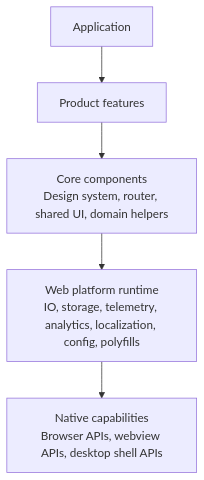
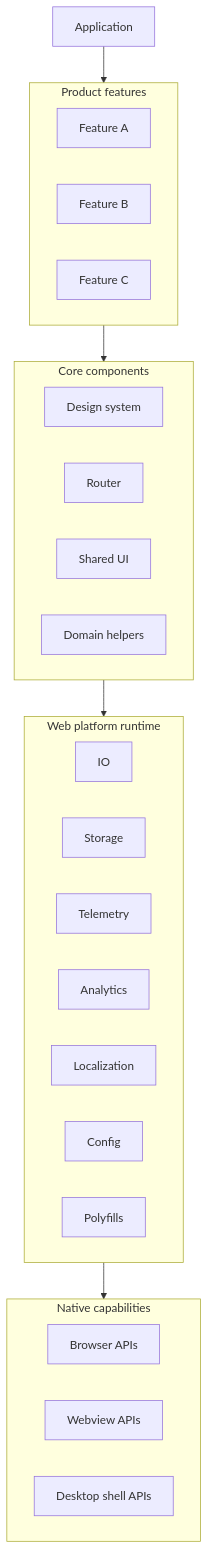
The first of 12 diagrams in cross-platform-web-runtime.md (longlho/thoughts), drawn with Mermaid before and after one commit.

Commit message:
Expand web runtime architecture diagram

````diff
--- a/cross-platform-web-runtime.md
+++ b/cross-platform-web-runtime.md
@@ -15,13 +15,38 @@
 ```mermaid
-flowchart TD
+flowchart TB
   app["Application"]
-  features["Product features"]
-  core["Core components\nDesign system, router, shared UI, domain helpers"]
-  runtime["Web platform runtime\nIO, storage, telemetry, analytics, localization, config, polyfills"]
-  native["Native capabilities\nBrowser APIs, webview APIs, desktop shell APIs"]
 
-  app --> features
-  features --> core
-  core --> runtime
-  runtime --> native
+  subgraph featureLayer["Product features"]
+    search["Feature A"]
+    settings["Feature B"]
+    checkout["Feature C"]
+  end
+
+  subgraph coreLayer["Core components"]
+    design["Design system"]
+    router["Router"]
+    sharedUi["Shared UI"]
+    domain["Domain helpers"]
+  end
+
+  subgraph runtimeLayer["Web platform runtime"]
+    io["IO"]
+    storage["Storage"]
+    telemetry["Telemetry"]
+    analytics["Analytics"]
+    l10n["Localization"]
+    config["Config"]
+    polyfills["Polyfills"]
+  end
+
+  subgraph nativeLayer["Native capabilities"]
+    browser["Browser APIs"]
+    webview["Webview APIs"]
+    desktop["Desktop shell APIs"]
+  end
+
+  app --> featureLayer
+  featureLayer --> coreLayer
+  coreLayer --> runtimeLayer
+  runtimeLayer --> nativeLayer
 ```
````
